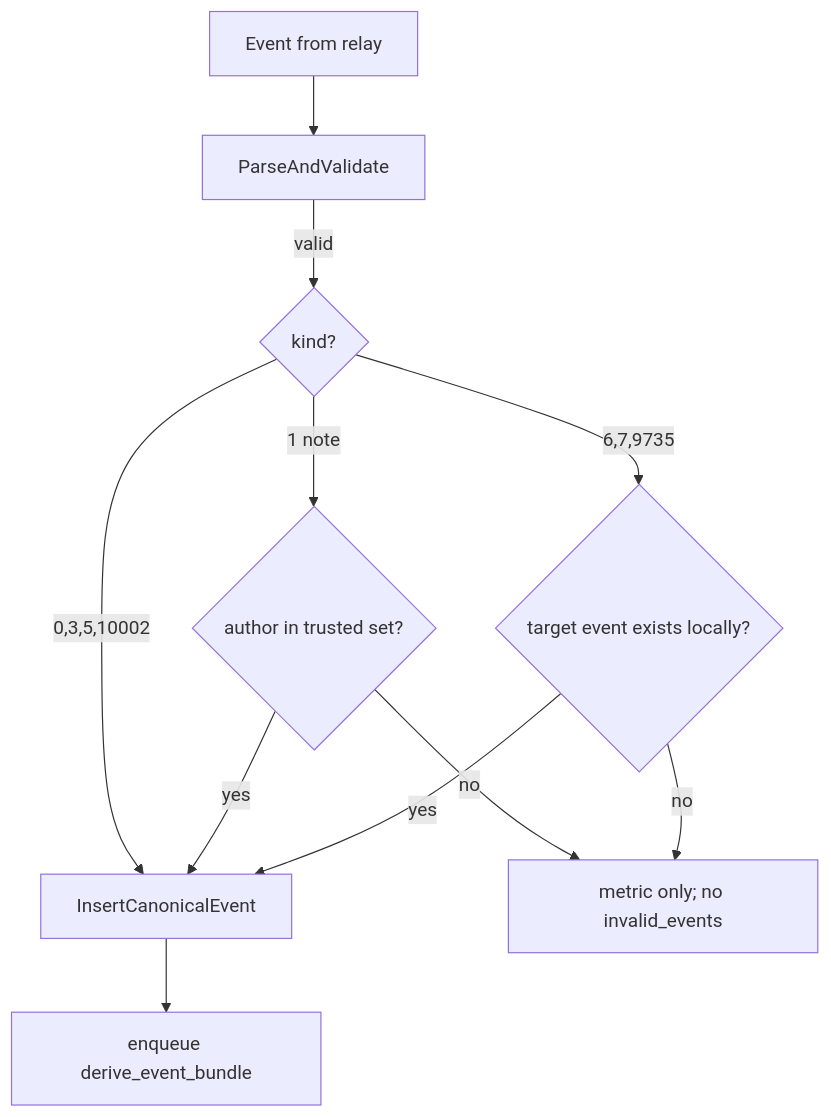
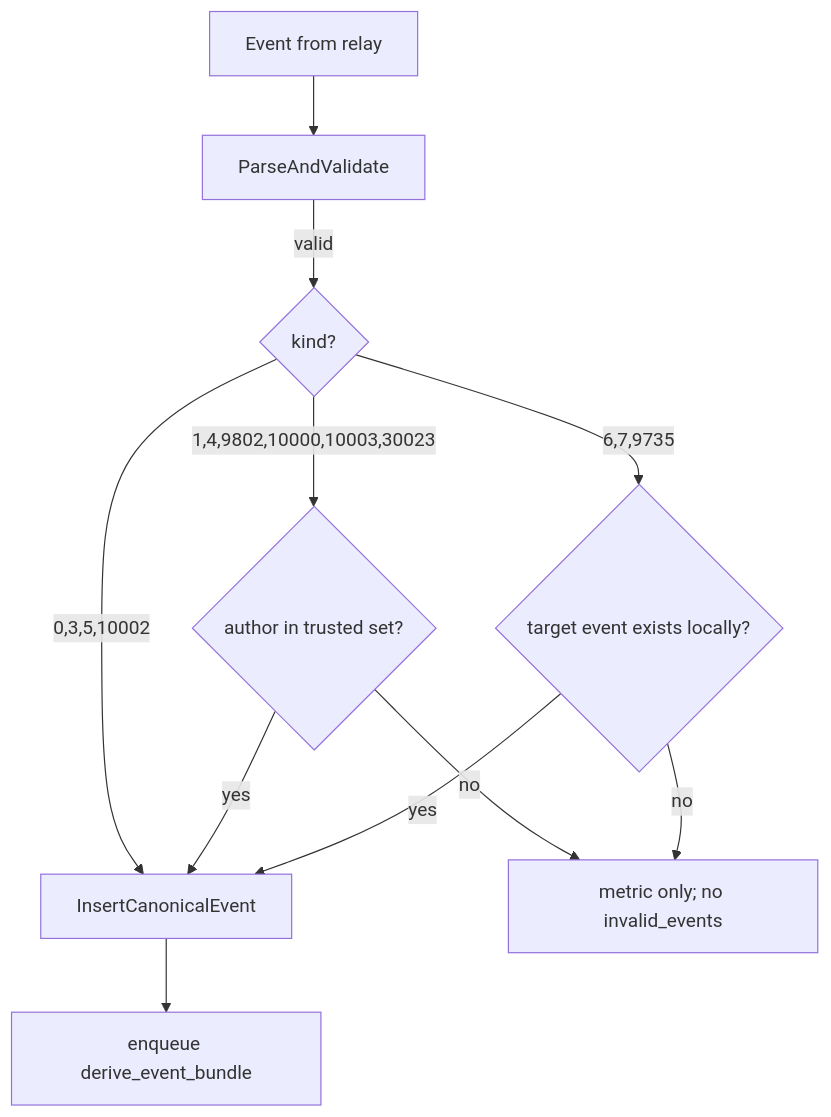
One commit to xdzczk/nostrmash changed the diagram in docs/architecture/trust-bounded-ingest.md. Above: the diagram before and after it, drawn with Mermaid. The commit also changed other lines of this file and 36 other files, not shown here.

````diff
--- a/docs/architecture/trust-bounded-ingest.md
+++ b/docs/architecture/trust-bounded-ingest.md
@@ -19,13 +19,13 @@
 ```mermaid
 flowchart TD
   E["Event from relay"] --> V["ParseAndValidate"]
   V -->|valid| K{"kind?"}
   K -->|"0,3,5,10002"| Store["InsertCanonicalEvent"]
-  K -->|"1 note"| T{"author in trusted set?"}
+  K -->|"1,4,9802,10000,10003,30023"| T{"author in trusted set?"}
   T -->|yes| Store
   T -->|no| Drop["metric only; no invalid_events"]
   K -->|"6,7,9735"| Tgt{"target event exists locally?"}
   Tgt -->|yes| Store
   Tgt -->|no| Drop
   Store --> J["enqueue derive_event_bundle"]
 ```
````
